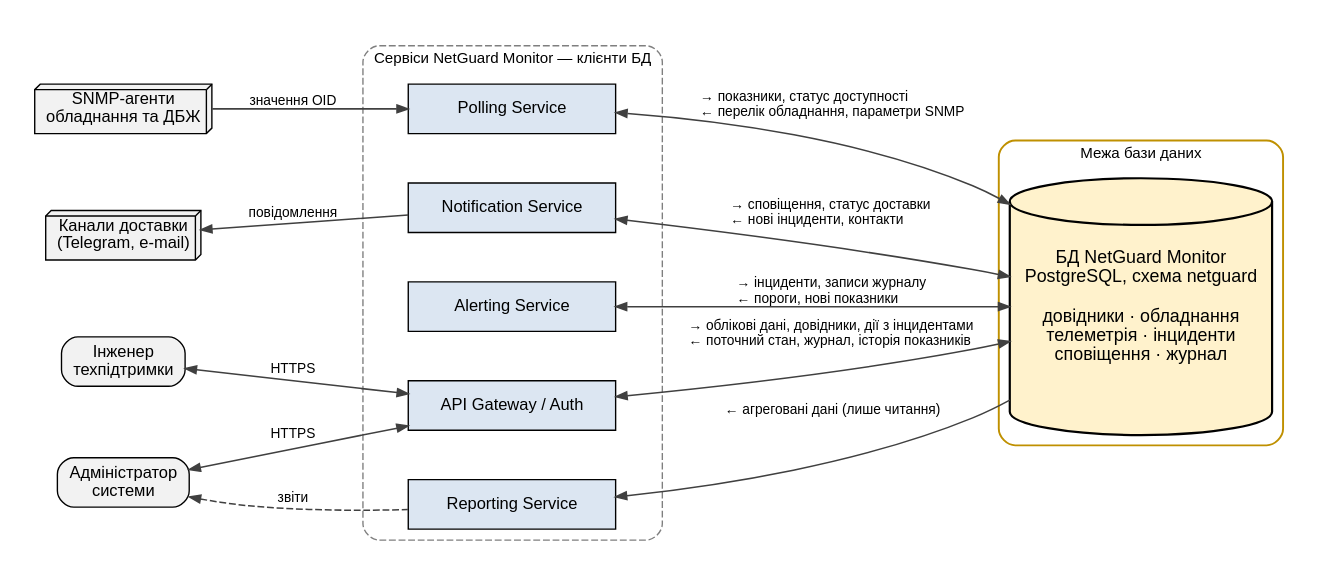
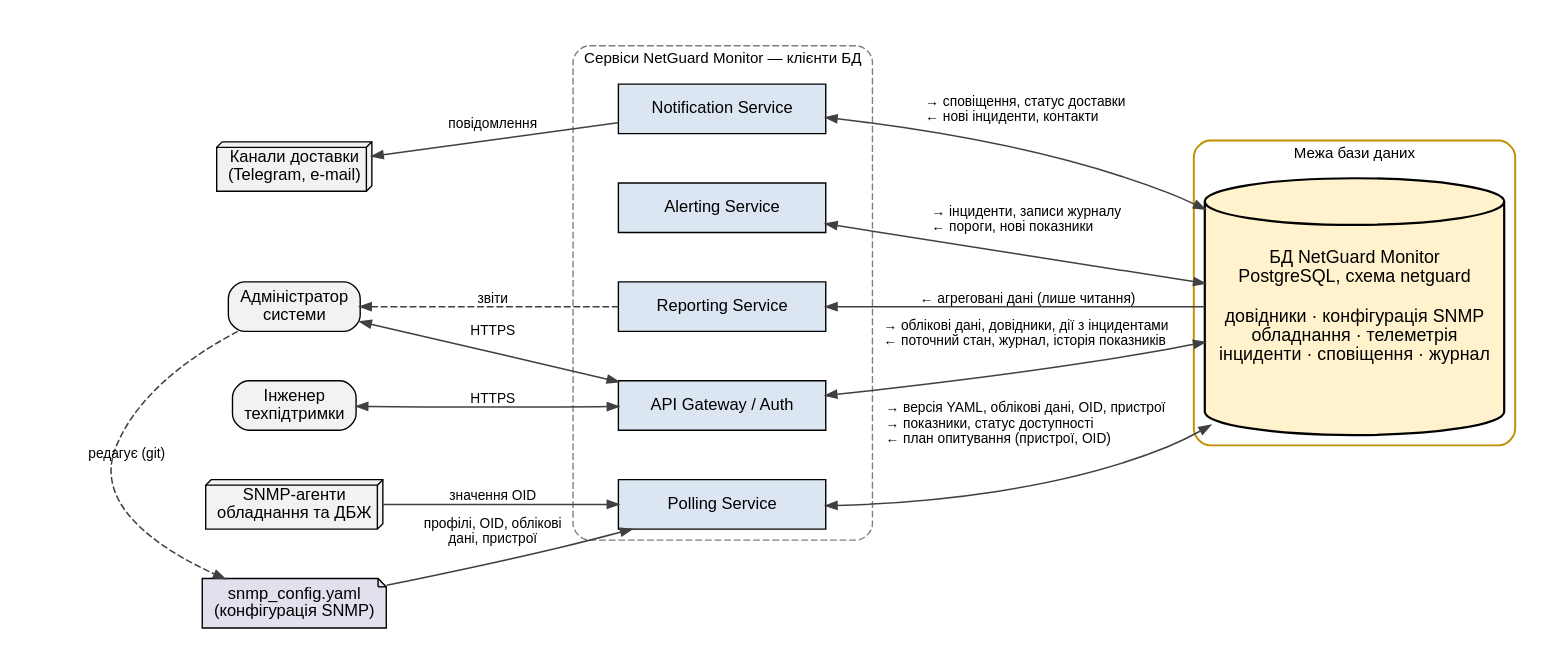
The diagram in docs/diagrams/src/01_context.dot (KrutoiPatsan13/laba1), drawn with Graphviz before and after one commit. The commit also changed 18 other files, not shown here.

First line of the commit message:
Link the DB model to the SNMP YAML config file

```diff
--- a/docs/diagrams/src/01_context.dot
+++ b/docs/diagrams/src/01_context.dot
@@ -1,41 +1,44 @@
 digraph Context {
   graph [rankdir=LR, splines=true, nodesep=0.5, ranksep=0.75, fontname="Liberation Sans", pad=0.25, newrank=true];
   node  [fontname="Liberation Sans", fontsize=12];
   edge  [fontname="Liberation Sans", fontsize=10, color="#404040", penwidth=1.1, arrowsize=0.8];
 
   snmp  [shape=box3d, style=filled, fillcolor="#F2F2F2", label="SNMP-агенти\nобладнання та ДБЖ"];
   chan  [shape=box3d, style=filled, fillcolor="#F2F2F2", label="Канали доставки\n(Telegram, e-mail)"];
   eng   [shape=box, style="rounded,filled", fillcolor="#F2F2F2", label="Інженер\nтехпідтримки"];
   adm   [shape=box, style="rounded,filled", fillcolor="#F2F2F2", label="Адміністратор\nсистеми"];
+  yaml  [shape=note, style=filled, fillcolor="#E4DFEC", label="snmp_config.yaml\n(конфігурація SNMP)"];
 
   subgraph cluster_srv {
     label="Сервіси NetGuard Monitor — клієнти БД"; fontsize=11; style="dashed,rounded"; color="#7F7F7F";
     poll  [shape=box, style=filled, fillcolor="#DCE6F2", label="Polling Service", width=2.1];
     alert [shape=box, style=filled, fillcolor="#DCE6F2", label="Alerting Service", width=2.1];
     notif [shape=box, style=filled, fillcolor="#DCE6F2", label="Notification Service", width=2.1];
     api   [shape=box, style=filled, fillcolor="#DCE6F2", label="API Gateway / Auth", width=2.1];
     rep   [shape=box, style=filled, fillcolor="#DCE6F2", label="Reporting Service", width=2.1];
   }
 
   subgraph cluster_db {
     label="Межа бази даних"; fontsize=11; style="rounded"; color="#BF9000"; penwidth=1.4;
     db [shape=cylinder, style=filled, fillcolor="#FFF2CC", penwidth=1.6, fontsize=13, height=2.6,
-        label="БД NetGuard Monitor\nPostgreSQL, схема netguard\n\nдовідники · обладнання\nтелеметрія · інциденти\nсповіщення · журнал"];
+        label="БД NetGuard Monitor\nPostgreSQL, схема netguard\n\nдовідники · конфігурація SNMP\nобладнання · телеметрія\nінциденти · сповіщення · журнал"];
   }
 
   snmp -> poll  [label="значення OID"];
+  yaml -> poll  [label="профілі, OID, облікові\nдані, пристрої"];
+  adm  -> yaml  [style=dashed, label="редагує (git)"];
   chan -> notif [dir=back, label="повідомлення"];
   eng  -> api   [dir=both, label="HTTPS"];
   adm  -> api   [dir=both, label="HTTPS"];
   adm  -> rep   [dir=back, style=dashed, label="звіти"];
 
-  poll  -> db [dir=both, label="→ показники, статус доступності\l← перелік обладнання, параметри SNMP\l"];
+  poll  -> db [dir=both, label="→ версія YAML, облікові дані, OID, пристрої\l→ показники, статус доступності\l← план опитування (пристрої, OID)\l"];
   alert -> db [dir=both, label="→ інциденти, записи журналу\l← пороги, нові показники\l"];
   notif -> db [dir=both, label="→ сповіщення, статус доставки\l← нові інциденти, контакти\l"];
   api   -> db [dir=both, label="→ облікові дані, довідники, дії з інцидентами\l← поточний стан, журнал, історія показників\l"];
   rep   -> db [dir=back, label="← агреговані дані (лише читання)\l"];
 
-  { rank=same; snmp; chan; eng; adm; }
+  { rank=same; snmp; yaml; chan; eng; adm; }
   { rank=same; poll; alert; notif; api; rep; }
   alert -> chan [style=invis];
 }
```
